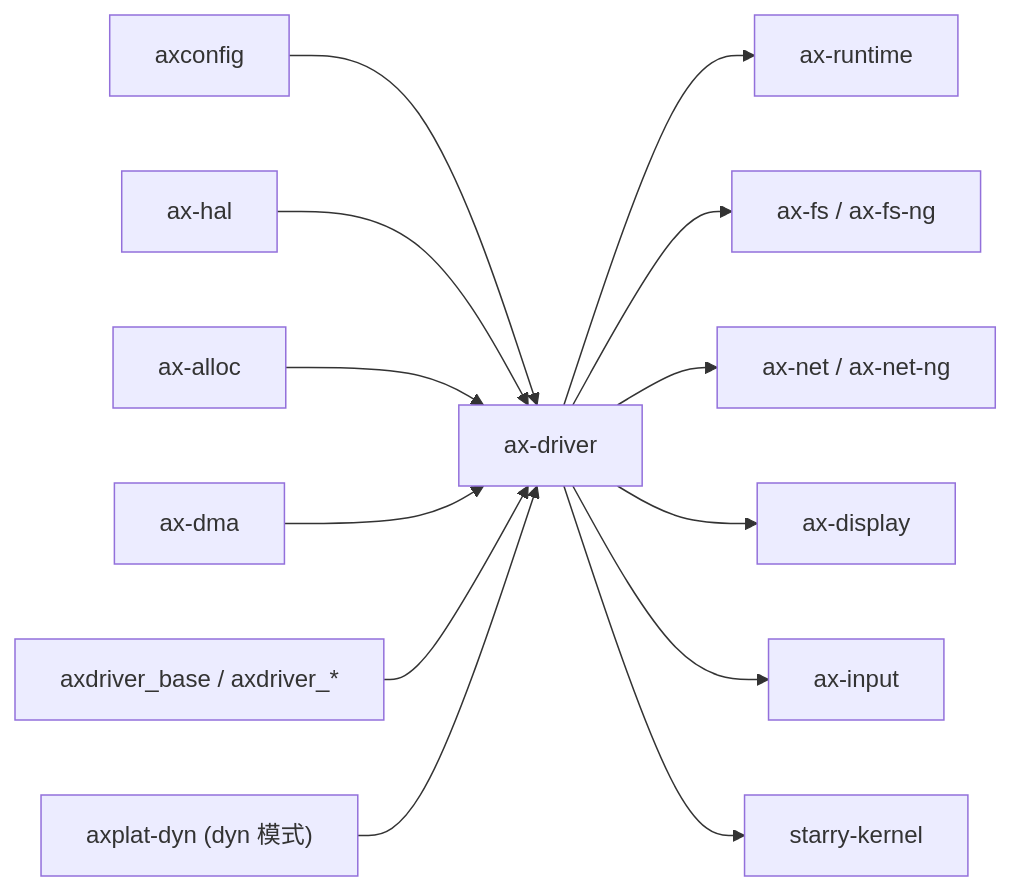
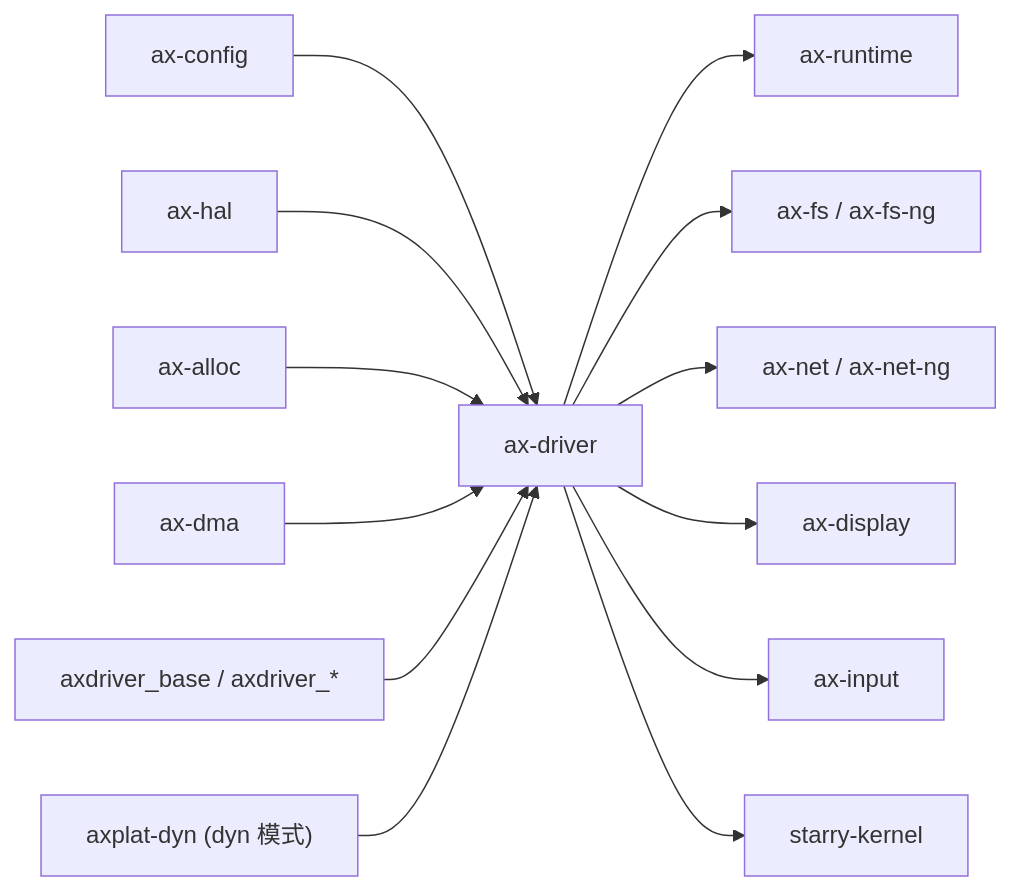
One commit to zKurisu/tgoskits changed the second of 2 diagrams in docs/crates/ax-driver.md. Above: the diagram before and after it, drawn with Mermaid. The commit also changed 65 other files, not shown here.

Commit message:
rename axconfig to ax-config

````diff
--- a/docs/crates/ax-driver.md
+++ b/docs/crates/ax-driver.md
@@ -124,16 +124,16 @@
 ```mermaid
 graph LR
-    axconfig["axconfig"] --> ax-driver["ax-driver"]
+    axconfig["ax-config"] --> ax-driver["ax-driver"]
     ax-hal["ax-hal"] --> ax-driver
     ax-alloc["ax-alloc"] --> ax-driver
     ax_dma["ax-dma"] --> ax-driver
     axdriver_base["axdriver_base / axdriver_*"] --> ax-driver
     axplat_dyn["axplat-dyn (dyn 模式)"] --> ax-driver
 
     ax-driver --> ax-runtime["ax-runtime"]
     ax-driver --> ax-fs["ax-fs / ax-fs-ng"]
     ax-driver --> ax-net["ax-net / ax-net-ng"]
     ax-driver --> ax-display["ax-display"]
     ax-driver --> ax-input["ax-input"]
     ax-driver --> starry_kernel["starry-kernel"]
 ```
````
